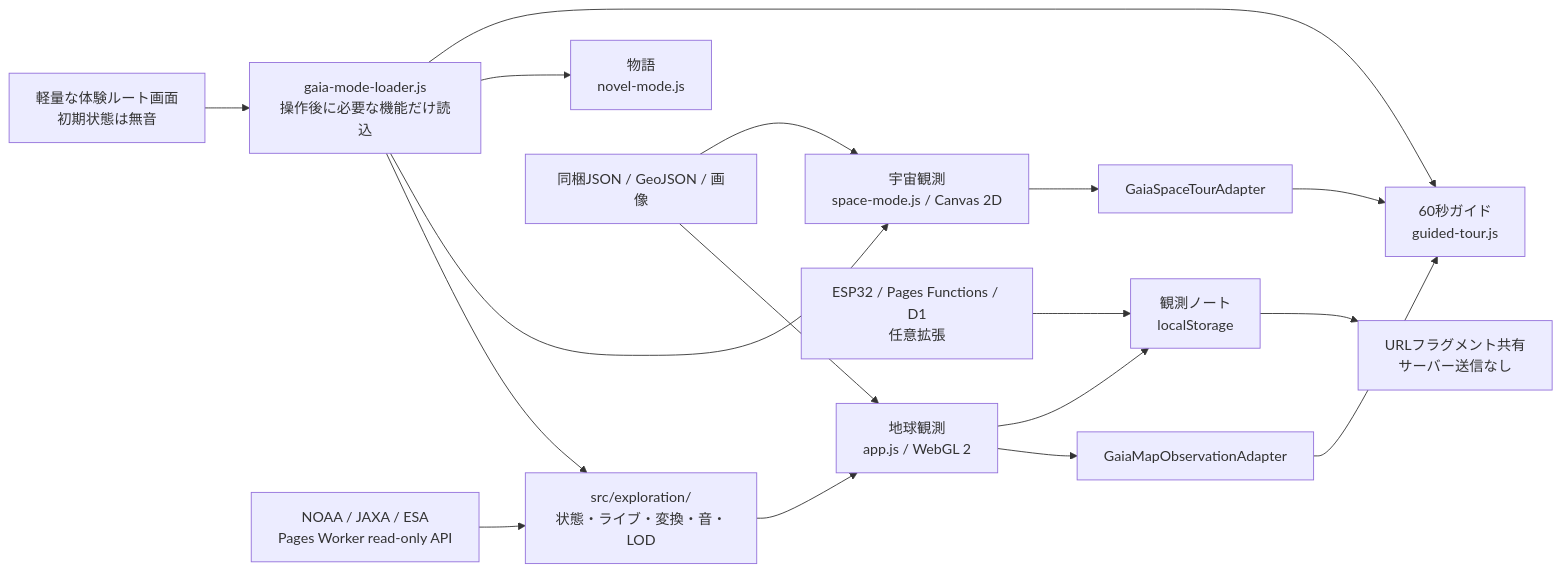
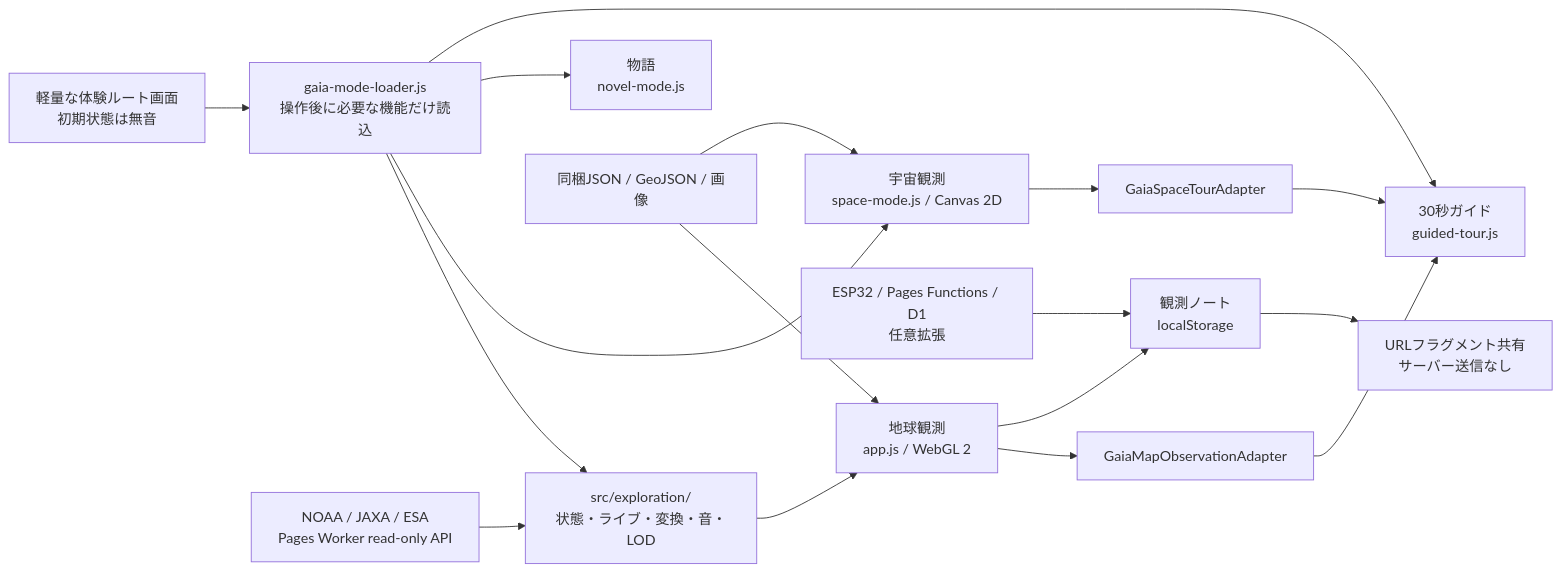
Before and after one commit to hinahina-vr/gaia-senseware: the diagram in docs/ARCHITECTURE.md, drawn with Mermaid. The commit also changed other lines of this file and 18 other files, not shown here.

````diff
--- a/docs/ARCHITECTURE.md
+++ b/docs/ARCHITECTURE.md
@@ -7,19 +7,19 @@
 ```mermaid
 flowchart LR
   Entry["軽量な体験ルート画面<br/>初期状態は無音"] --> Loader["gaia-mode-loader.js<br/>操作後に必要な機能だけ読込"]
   Loader --> Explore["src/exploration/<br/>状態・ライブ・変換・音・LOD"]
   Explore --> Map["地球観測<br/>app.js / WebGL 2"]
   Loader --> Space["宇宙観測<br/>space-mode.js / Canvas 2D"]
   Loader --> Story["物語<br/>novel-mode.js"]
-  Loader --> Tour["60秒ガイド<br/>guided-tour.js"]
+  Loader --> Tour["30秒ガイド<br/>guided-tour.js"]
   Map --> MapAdapter[GaiaMapObservationAdapter]
   Space --> SpaceAdapter[GaiaSpaceTourAdapter]
   MapAdapter --> Tour
   SpaceAdapter --> Tour
   Snapshot[同梱JSON / GeoJSON / 画像] --> Map
   Snapshot --> Space
   Live["NOAA / JAXA / ESA<br/>Pages Worker read-only API"] --> Explore
   Map --> Notebook["観測ノート<br/>localStorage"]
   Sensor["ESP32 / Pages Functions / D1<br/>任意拡張"] --> Notebook
   Notebook --> Share["URLフラグメント共有<br/>サーバー送信なし"]
 ```
````
